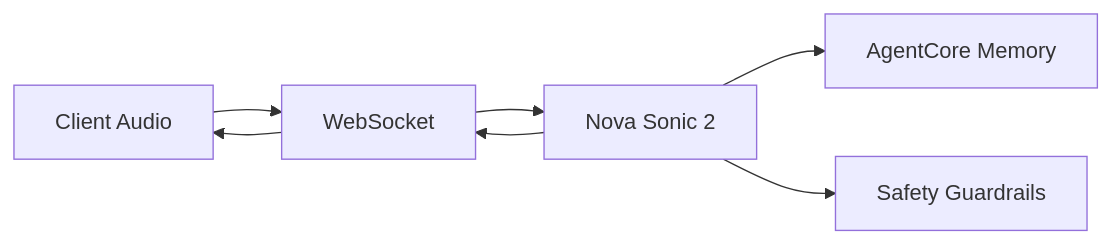
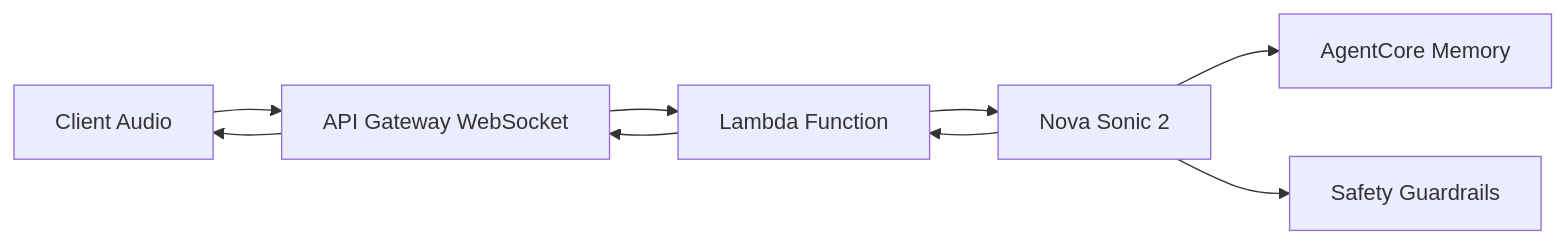
The second of 2 diagrams in .kiro/specs/ai-therapy-platform/design.md (work2fly/AWS-hackathon-man07), drawn with Mermaid before and after one commit. The commit also changed other lines of this file, not shown here.

First line of the commit message:
feat: replace Kinesis with API Gateway WebSockets for hackathon

````diff
--- a/.kiro/specs/ai-therapy-platform/design.md
+++ b/.kiro/specs/ai-therapy-platform/design.md
@@ -108,9 +106,11 @@
 ```mermaid
 graph LR
-    CLIENT[Client Audio] --> WEBSOCKET[WebSocket]
-    WEBSOCKET --> NOVA2[Nova Sonic 2]
+    CLIENT[Client Audio] --> APIGW[API Gateway WebSocket]
+    APIGW --> LAMBDA[Lambda Function]
+    LAMBDA --> NOVA2[Nova Sonic 2]
     NOVA2 --> AGENTCORE[AgentCore Memory]
     NOVA2 --> GUARDRAILS[Safety Guardrails]
-    NOVA2 --> WEBSOCKET
-    WEBSOCKET --> CLIENT
+    NOVA2 --> LAMBDA
+    LAMBDA --> APIGW
+    APIGW --> CLIENT
 ```
````
